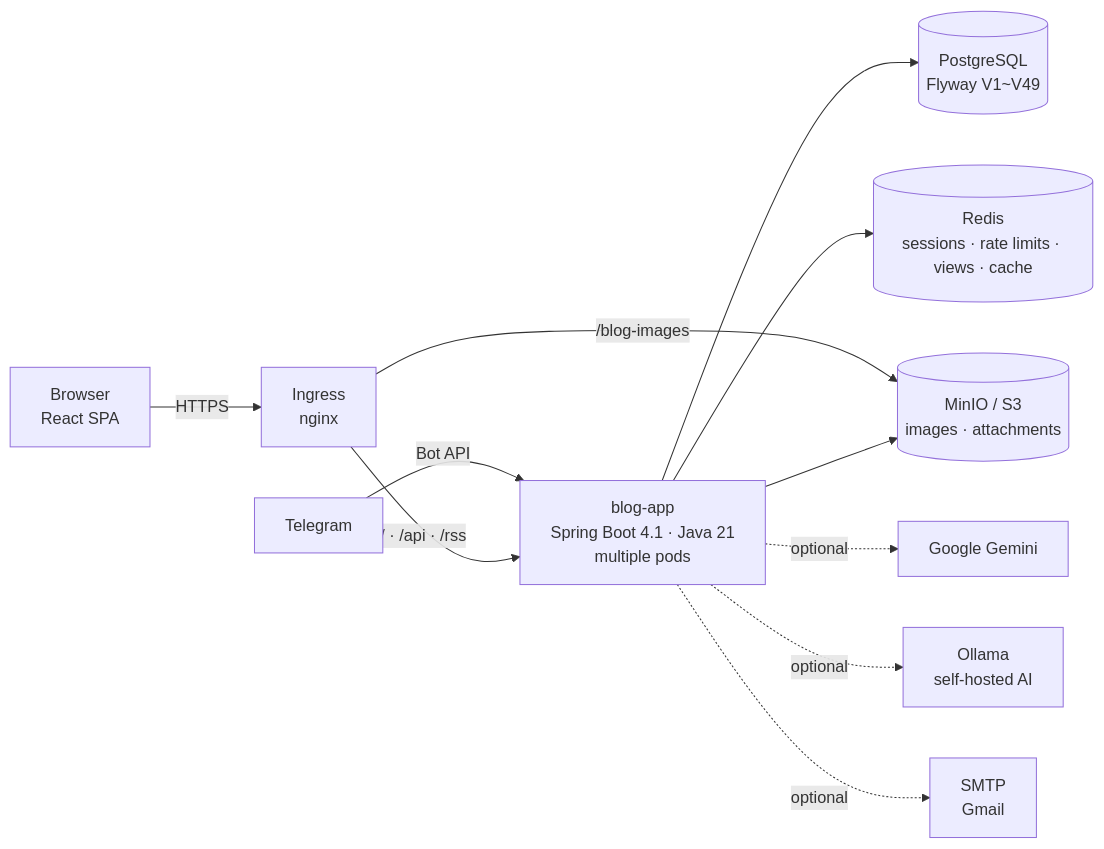
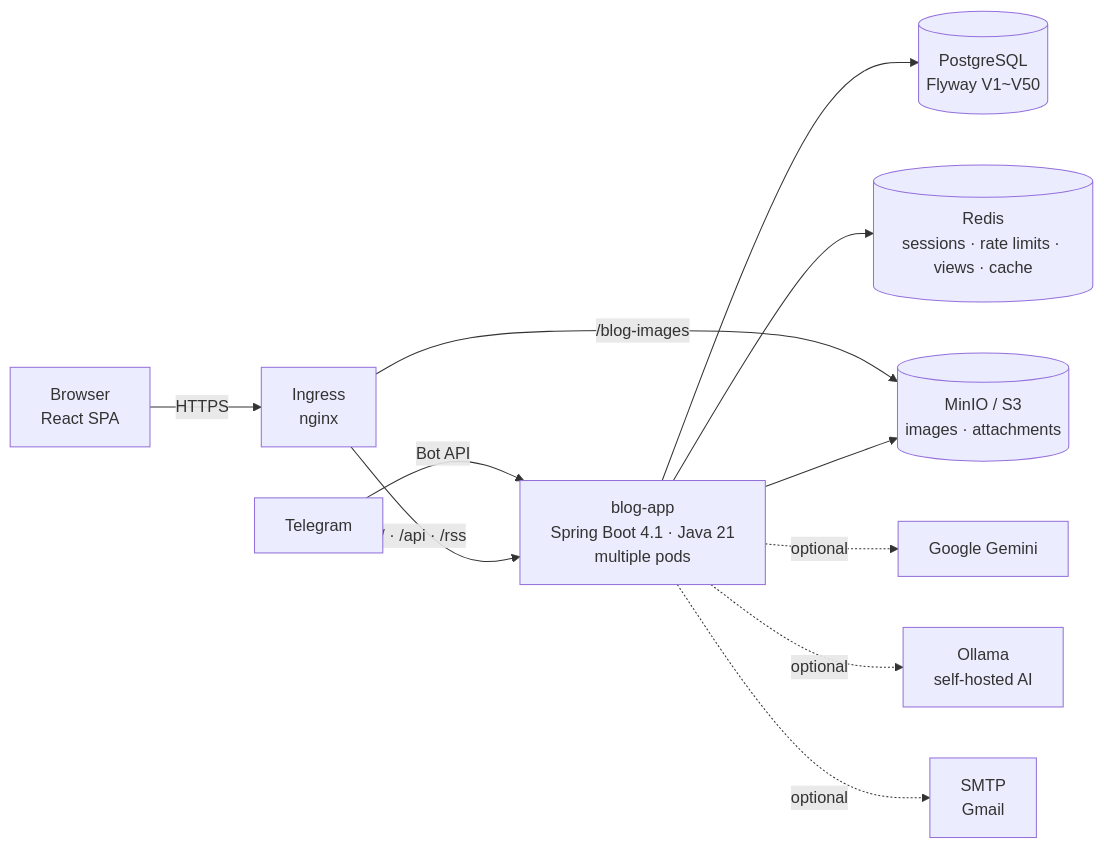
The first of 3 diagrams in README.en.md (AIGJ-01-002-blog/devlog), drawn with Mermaid before and after one commit. The commit also changed other lines of this file and 6 other files, not shown here.

````diff
--- a/README.en.md
+++ b/README.en.md
@@ -160,13 +160,13 @@
 ```mermaid
 flowchart LR
     B[Browser<br/>React SPA] -->|HTTPS| I[Ingress<br/>nginx]
     T[Telegram] -->|Bot API| A
     I -->|/ · /api · /rss| A[blog-app<br/>Spring Boot 4.1 · Java 21<br/>multiple pods]
     I -->|/blog-images| M[(MinIO / S3<br/>images · attachments)]
-    A --> P[(PostgreSQL<br/>Flyway V1~V49)]
+    A --> P[(PostgreSQL<br/>Flyway V1~V50)]
     A --> R[(Redis<br/>sessions · rate limits · views · cache)]
     A --> M
     A -.optional.-> G[Google Gemini]
     A -.optional.-> O[Ollama<br/>self-hosted AI]
     A -.optional.-> S[SMTP<br/>Gmail]
 ```
````
